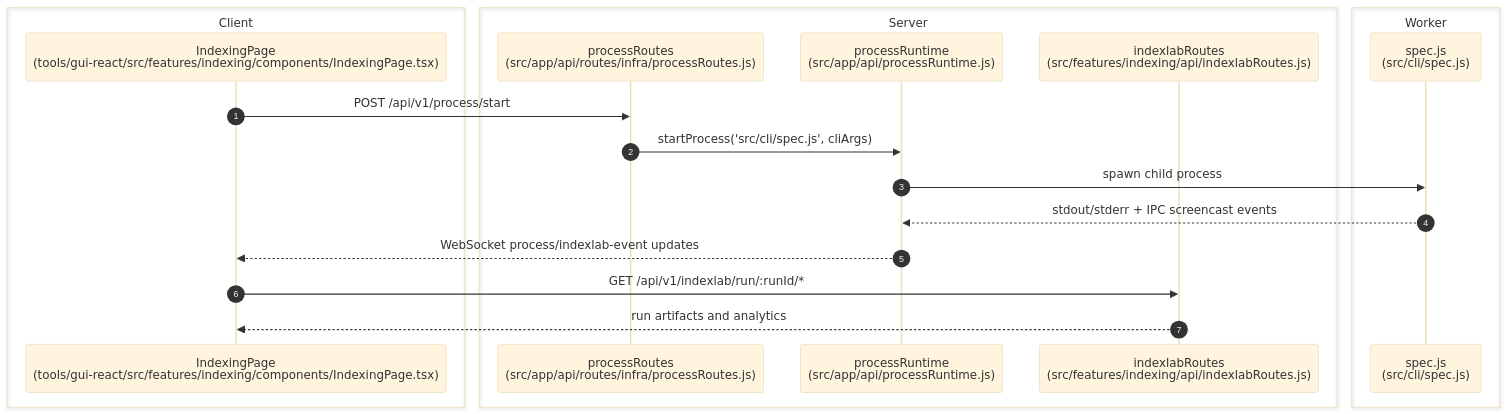
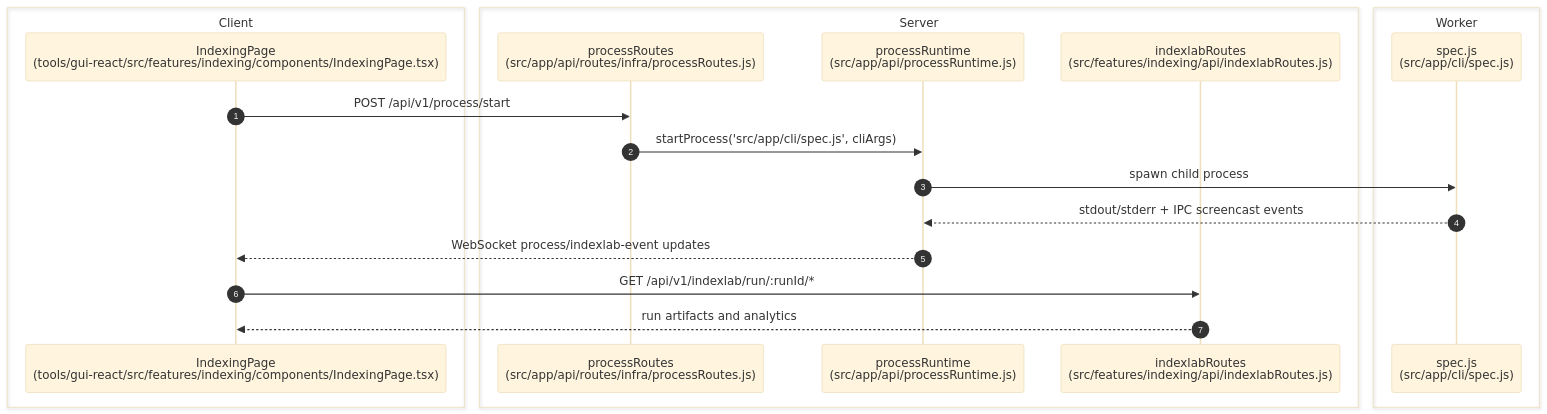
Before and after one commit to CdubVentures/Spec-Factory: the diagram in docs/04-features/indexing-lab.md, drawn with Mermaid. The commit also changed other lines of this file and 217 other files, not shown here.

````diff
--- a/docs/04-features/indexing-lab.md
+++ b/docs/04-features/indexing-lab.md
@@ -74,23 +74,23 @@
 ```mermaid
 %%{init: {'theme': 'base', 'themeVariables': { 'fontSize': '20px', 'actorWidth': 250, 'actorMargin': 200, 'boxMargin': 20 }}}%%
 sequenceDiagram
   autonumber
   box Client
     participant IndexingPage as IndexingPage<br/>(tools/gui-react/src/features/indexing/components/IndexingPage.tsx)
   end
   box Server
     participant ProcessRoute as processRoutes<br/>(src/app/api/routes/infra/processRoutes.js)
     participant Runtime as processRuntime<br/>(src/app/api/processRuntime.js)
     participant Replay as indexlabRoutes<br/>(src/features/indexing/api/indexlabRoutes.js)
   end
   box Worker
-    participant CLI as spec.js<br/>(src/cli/spec.js)
+    participant CLI as spec.js<br/>(src/app/cli/spec.js)
   end
   IndexingPage->>ProcessRoute: POST /api/v1/process/start
-  ProcessRoute->>Runtime: startProcess('src/cli/spec.js', cliArgs)
+  ProcessRoute->>Runtime: startProcess('src/app/cli/spec.js', cliArgs)
   Runtime->>CLI: spawn child process
   CLI-->>Runtime: stdout/stderr + IPC screencast events
   Runtime-->>IndexingPage: WebSocket process/indexlab-event updates
   IndexingPage->>Replay: GET /api/v1/indexlab/run/:runId/*
   Replay-->>IndexingPage: run artifacts and analytics
 ```
````
